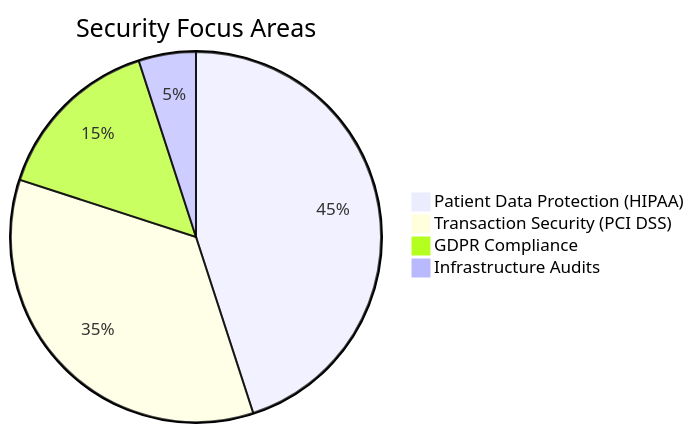
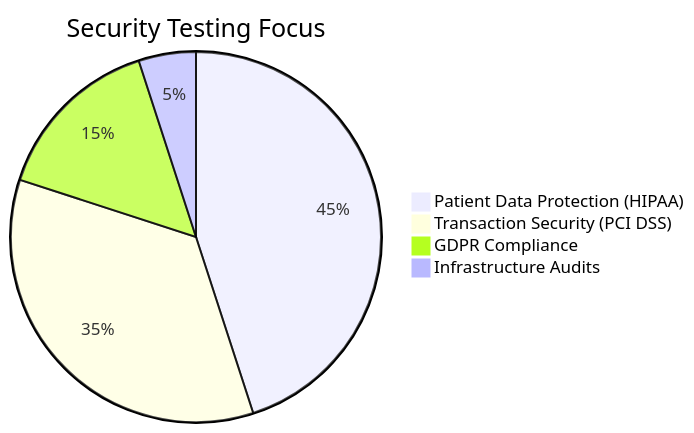
The second of 2 diagrams in README.md (moqaddasQA/moqaddasQA), drawn with Mermaid before and after one commit. The commit also changed other lines of this file, not shown here.

````diff
--- a/README.md
+++ b/README.md
@@ -461,7 +334,7 @@
 ```mermaid
-pie title Security Focus Areas
+pie title Security Testing Focus
   "Patient Data Protection (HIPAA)" : 45
   "Transaction Security (PCI DSS)" : 35
   "GDPR Compliance" : 15
   "Infrastructure Audits" : 5
 ```
````
